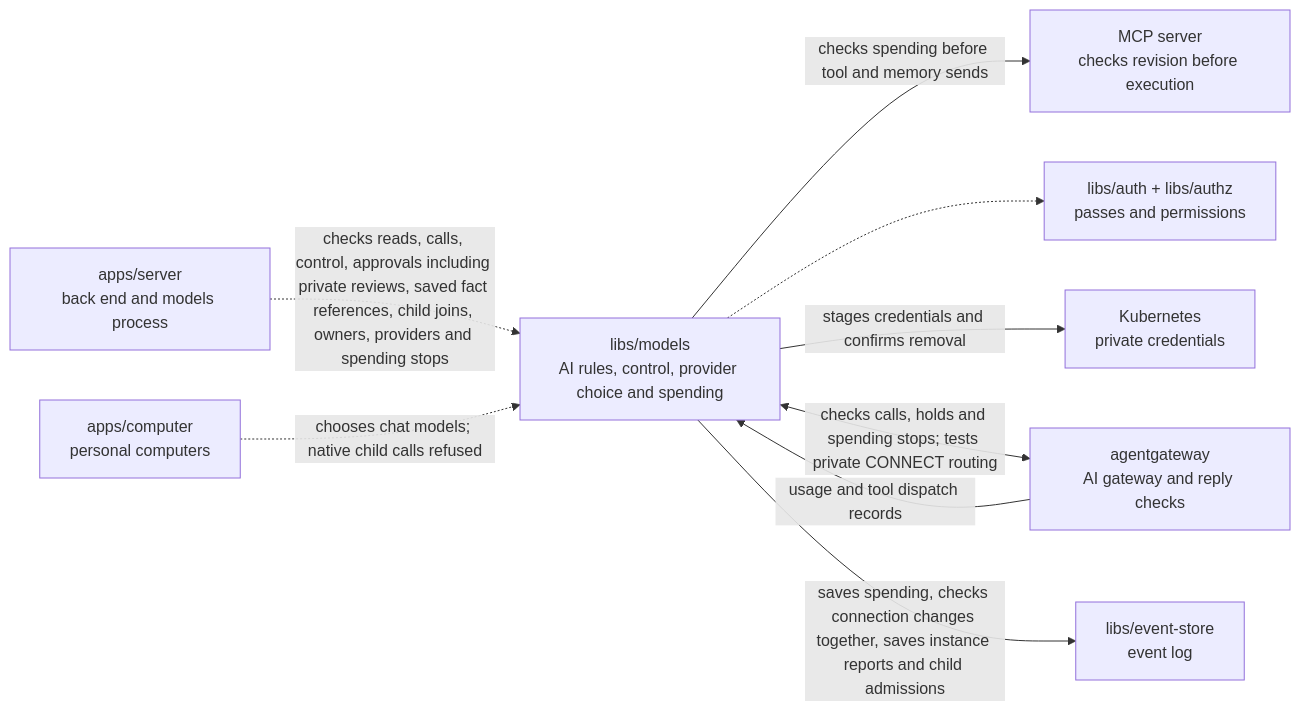
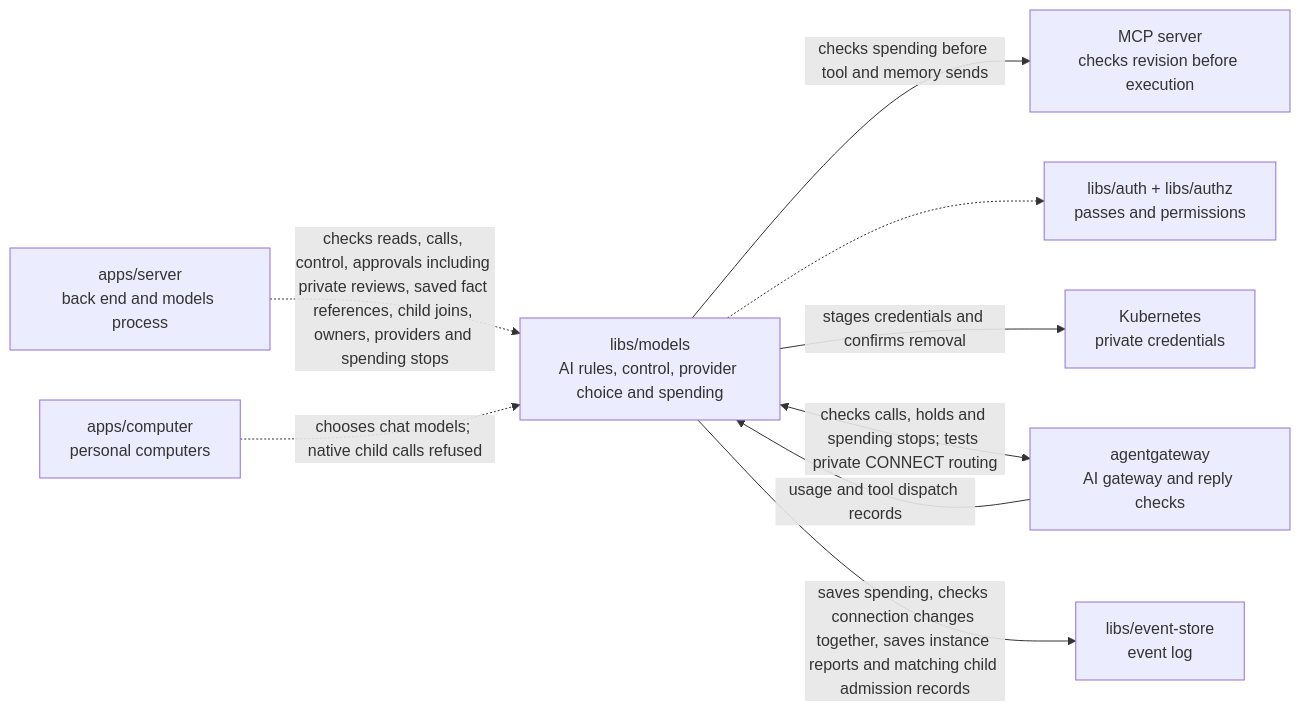
The diagram in libs/models/README.md (elewa-git/opencrane-new), drawn with Mermaid before and after one commit. The commit also changed other lines of this file and 5 other files, not shown here.

Commit message:
🔒 Require matching computer and delegation start records

````diff
--- a/libs/models/README.md
+++ b/libs/models/README.md
@@ -14,11 +14,11 @@
 ```mermaid
 flowchart LR
   server["apps/server<br/>back end and models process"] -.->|checks reads, calls, control, approvals including private reviews, saved fact references, child joins, owners, providers and spending stops| models["libs/models<br/>AI rules, control, provider choice and spending"]
   models -->|checks spending before tool and memory sends| mcp["MCP server<br/>checks revision before execution"]
   computer["apps/computer<br/>personal computers"] -.->|chooses chat models; native child calls refused| models
   models -.-> auth["libs/auth + libs/authz<br/>passes and permissions"]
   models -->|stages credentials and confirms removal| custody["Kubernetes<br/>private credentials"]
   models <-->|checks calls, holds and spending stops; tests private CONNECT routing| gateway["agentgateway<br/>AI gateway and reply checks"]
   gateway -->|usage and tool dispatch records| models
-  models -->|saves spending, checks connection changes together, saves instance reports and child admissions| store["libs/event-store<br/>event log"]
+  models -->|saves spending, checks connection changes together, saves instance reports and matching child admission records| store["libs/event-store<br/>event log"]
 ```
````
